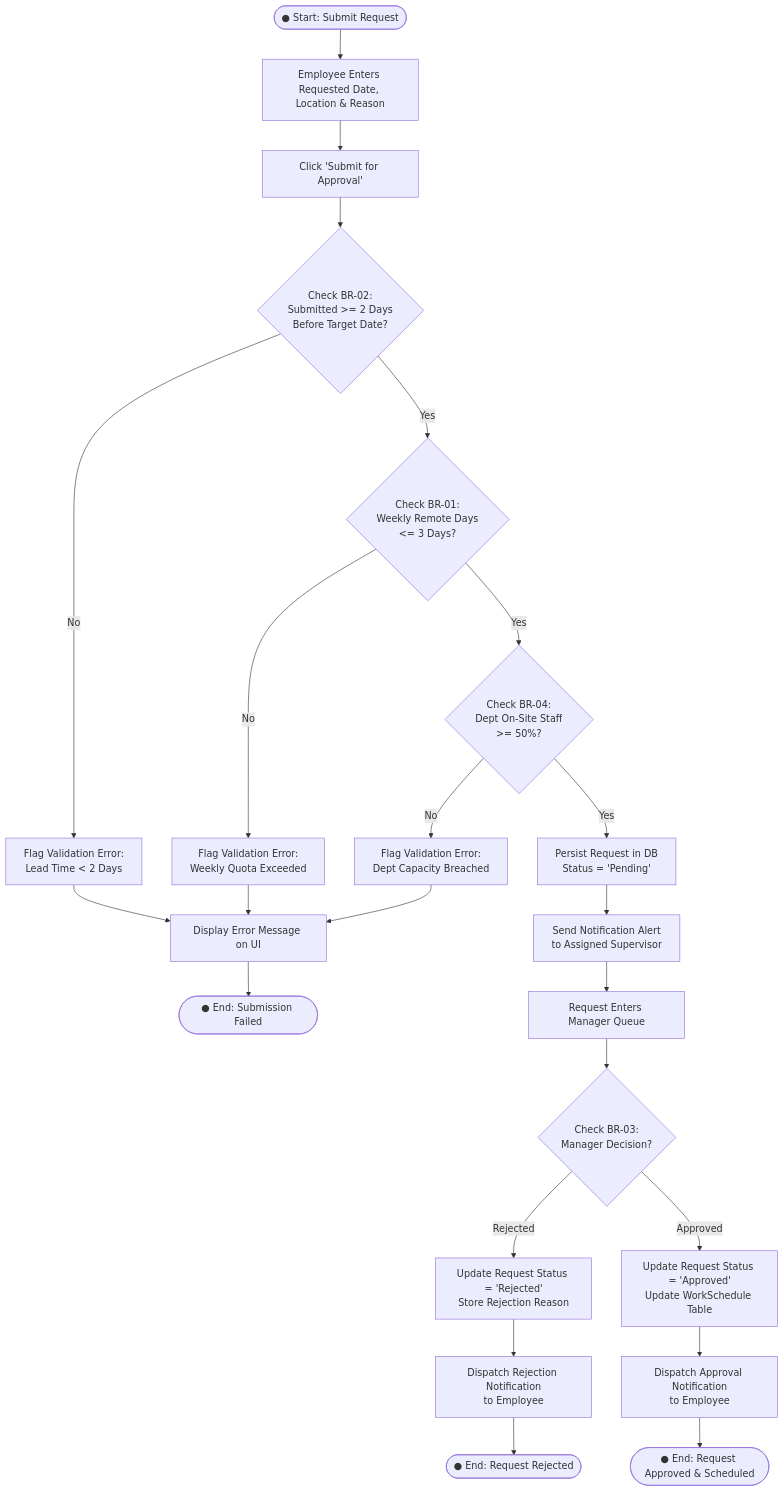
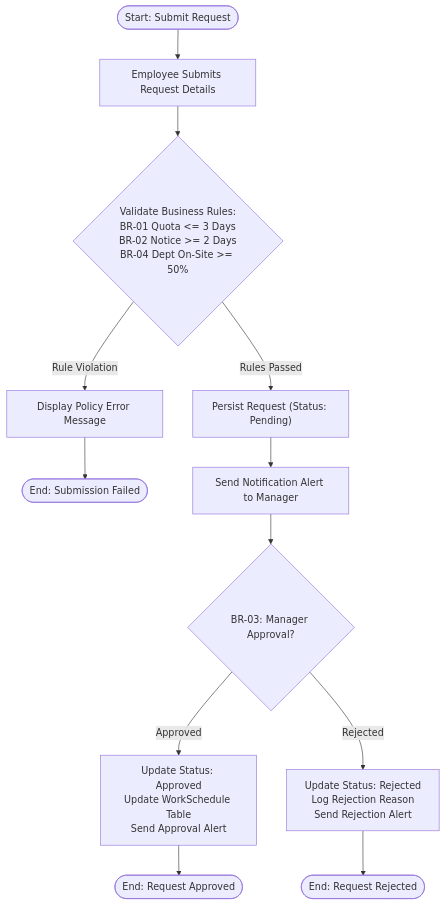
One commit to wendy0005/assignment changed the second of 2 diagrams in current_sem/BCL1233 - System Analysis/assignment/20260805_BCL1233_Final/BCL1233_FinalAssessment_Answers.md. Above: the diagram before and after it, drawn with Mermaid. The commit also changed other lines of this file and 3 other files, not shown here.

````diff
--- a/current_sem/BCL1233 - System Analysis/assignment/20260805_BCL1233_Final/BCL1233_FinalAssessment_Answers.md
+++ b/current_sem/BCL1233 - System Analysis/assignment/20260805_BCL1233_Final/BCL1233_FinalAssessment_Answers.md
@@ -289,34 +158,18 @@
 ```mermaid
 flowchart TD
-    Start([● Start: Submit Request]) --> InputDetails[Employee Enters Requested Date, Location & Reason]
-    InputDetails --> SubmitClick[Click 'Submit for Approval']
-    SubmitClick --> ValLeadTime{Check BR-02:\nSubmitted >= 2 Days\nBefore Target Date?}
+    Start(["Start: Submit Request"]) --> Input["Employee Submits Request Details"]
+    Input --> Validate{"Validate Business Rules:<br/>BR-01 Quota <= 3 Days<br/>BR-02 Notice >= 2 Days<br/>BR-04 Dept On-Site >= 50%"}
     
-    ValLeadTime -- No --> RejectLeadTime[Flag Validation Error:\nLead Time < 2 Days]
-    RejectLeadTime --> DisplayError[Display Error Message on UI]
-    DisplayError --> EndFailure([● End: Submission Failed])
+    Validate -- "Rule Violation" --> FlagErr["Display Policy Error Message"]
+    FlagErr --> EndFail(["End: Submission Failed"])
     
-    ValLeadTime -- Yes --> ValQuota{Check BR-01:\nWeekly Remote Days\n<= 3 Days?}
+    Validate -- "Rules Passed" --> SavePending["Persist Request (Status: Pending)"]
+    SavePending --> AlertMgr["Send Notification Alert to Manager"]
+    AlertMgr --> ManagerDec{"BR-03: Manager Approval?"}
     
-    ValQuota -- No --> RejectQuota[Flag Validation Error:\nWeekly Quota Exceeded]
-    RejectQuota --> DisplayError
+    ManagerDec -- "Approved" --> ApprAction["Update Status: Approved<br/>Update WorkSchedule Table<br/>Send Approval Alert"]
+    ApprAction --> EndAppr(["End: Request Approved"])
     
-    ValQuota -- Yes --> ValCapacity{Check BR-04:\nDept On-Site Staff\n>= 50%?}
-    
-    ValCapacity -- No --> RejectCapacity[Flag Validation Error:\nDept Capacity Breached]
-    RejectCapacity --> DisplayError
-    
-    ValCapacity -- Yes --> PersistPending[Persist Request in DB\nStatus = 'Pending']
-    PersistPending --> DispatchNotif[Send Notification Alert\nto Assigned Supervisor]
-    DispatchNotif --> AwaitReview[Request Enters Manager Queue]
-    
-    AwaitReview --> ManagerDecision{Check BR-03:\nManager Decision?}
-    
-    ManagerDecision -- Rejected --> LogRejection[Update Request Status = 'Rejected'\nStore Rejection Reason]
-    LogRejection --> SendRejectNotif[Dispatch Rejection Notification\nto Employee]
-    SendRejectNotif --> EndRejected([● End: Request Rejected])
-    
-    ManagerDecision -- Approved --> UpdateSchedule[Update Request Status = 'Approved'\nUpdate WorkSchedule Table]
-    UpdateSchedule --> SendApproveNotif[Dispatch Approval Notification\nto Employee]
-    SendApproveNotif --> EndApproved([● End: Request Approved & Scheduled])
+    ManagerDec -- "Rejected" --> RejAction["Update Status: Rejected<br/>Log Rejection Reason<br/>Send Rejection Alert"]
+    RejAction --> EndRej(["End: Request Rejected"])
 ```
````
